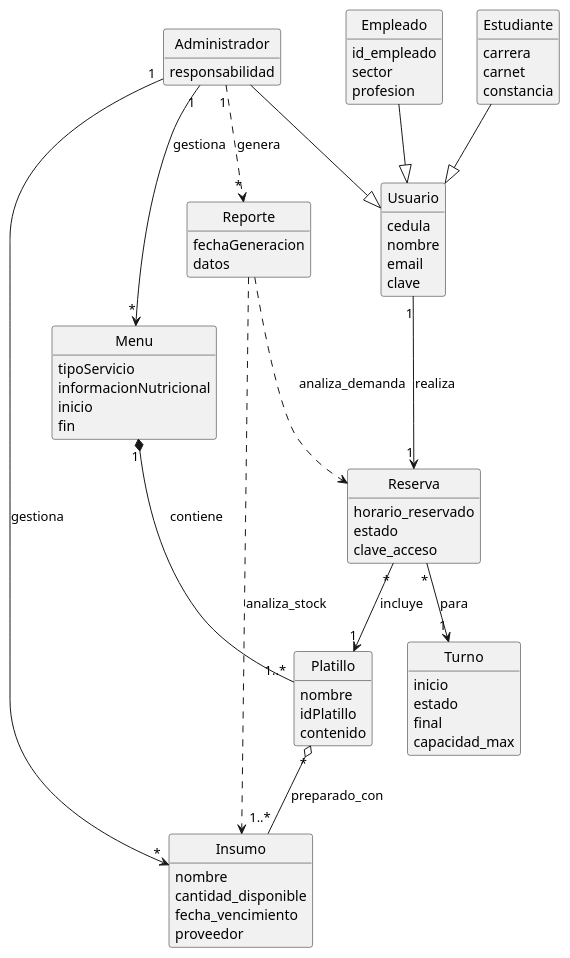
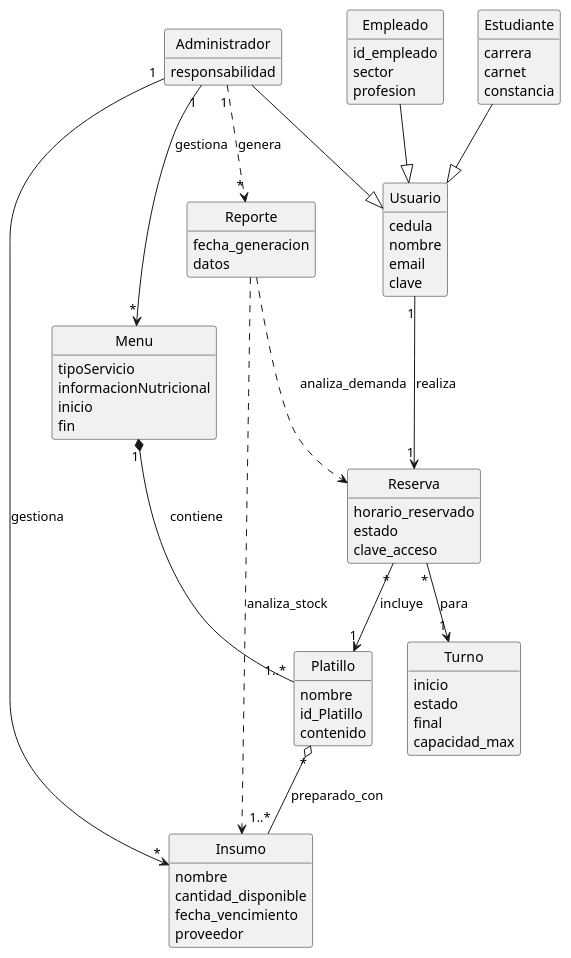
One commit to ARUSG178/proyecto-comedor-2-2025-grupo-12 changed the diagram in docs/modelo_dominio_final.puml. Above: the diagram before and after it, drawn with PlantUML.

Commit message:
Ahora sí, creo que ya está el Modelo de Dominio, dios mio

```diff
--- a/docs/modelo_dominio_final.puml
+++ b/docs/modelo_dominio_final.puml
@@ -1,116 +1,116 @@
 @startuml Modelo_Dominio_Final
 
     '-- ACOMODAR Y LIMPIAR EL MODELO --
     
     hide circle
     hide methods
 
     '-- CLASES -> PERSONAS --
 
     'Clase Padre Principal
     class Usuario {
         cedula
         nombre
         email
         clave
     }
 
     'Diferentes tipos de Usuarios
     Class Estudiante {
         carrera
         carnet
         constancia
     }
 
     Class Empleado {
         id_empleado
         sector
         profesion
     }
 
     Class Administrador {
         responsabilidad
     }
 
     '-- CLASES -> COMEDOR
 
     ' Menu que rota semanalmente
     class Menu {
         'Tipo de servicio clasifica: Desayuno, almuerzo, cena
         tipoServicio
         informacionNutricional
         inicio
         fin
     }
 
     ' Insumo que llega para preparar los platillos
     class Insumo {
         nombre
         cantidad_disponible
         fecha_vencimiento
         proveedor
     }
 
     ' Comida hecha de los insumos la cual se mostrará como opción en el menú
     class Platillo {
         nombre
-        idPlatillo
+        id_Platillo
         contenido
     }
 
     ' Turno en los cuales las comidas cambian y abren nuevas capacidades para personas
     class Turno {
         inicio
         'Disponibilidad o no
         estado
         final
         capacidad_max
     }
 
     ' Reporte que el Administrador realiza en donde figura consumo diario, reportes de demanda y planificación
     class Reporte {
-        fechaGeneracion
+        fecha_generacion
         datos
     }
 
     ' Reserva que realiza un Usuario durante un Turno
     class Reserva {
         horario_reservado
         'El estado refiere si está vigente, cancelada o ya ha sido canjeada
         estado
         'Código que verifica que el usuario fue quien obtuvo el platillo
         clave_acceso
     }
 
     ' --- RELACIONES ---
 
     ' Herencia
     Estudiante --|> Usuario
     Empleado --|> Usuario
     Administrador --|> Usuario
 
     ' El Administrador gestiona menús semanales, insumos y genera reportes 
     Administrador "1" --> "*" Menu : gestiona
     Administrador "1" --> "*" Insumo : gestiona
     Administrador "1" ..> "*" Reporte : genera
 
     ' Un menú se compone de varios platillos disponibles para esa semana 
     Menu "1" *-- "1..*" Platillo : contiene
     
     ' Un platillo requiere insumos para prepararse
     Platillo "*" o-- "1..*" Insumo : preparado_con
 
     ' El usuario hace la reserva, una por persona
     Usuario "1" --> "1" Reserva : realiza
 
     ' Una reserva corresponde a un Turno específico, controla el acceso 
     Reserva "*" --> "1" Turno : para
 
     ' Una reserva suele ser por un platillo
     Reserva "*" --> "1" Platillo : incluye
 
     ' El reporte se basa en los datos de las reservas/consumos y el inventario 
     Reporte ..> Reserva : analiza_demanda
     Reporte ..> Insumo : analiza_stock
 
 @enduml
```
